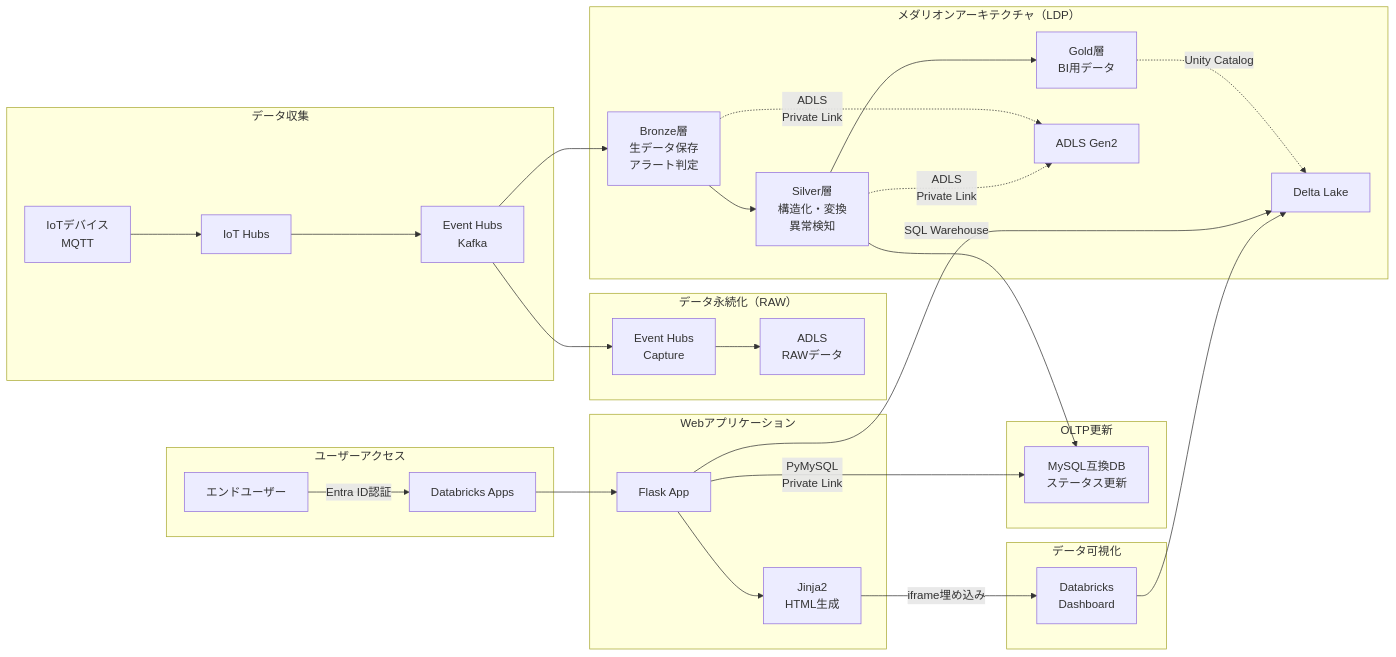
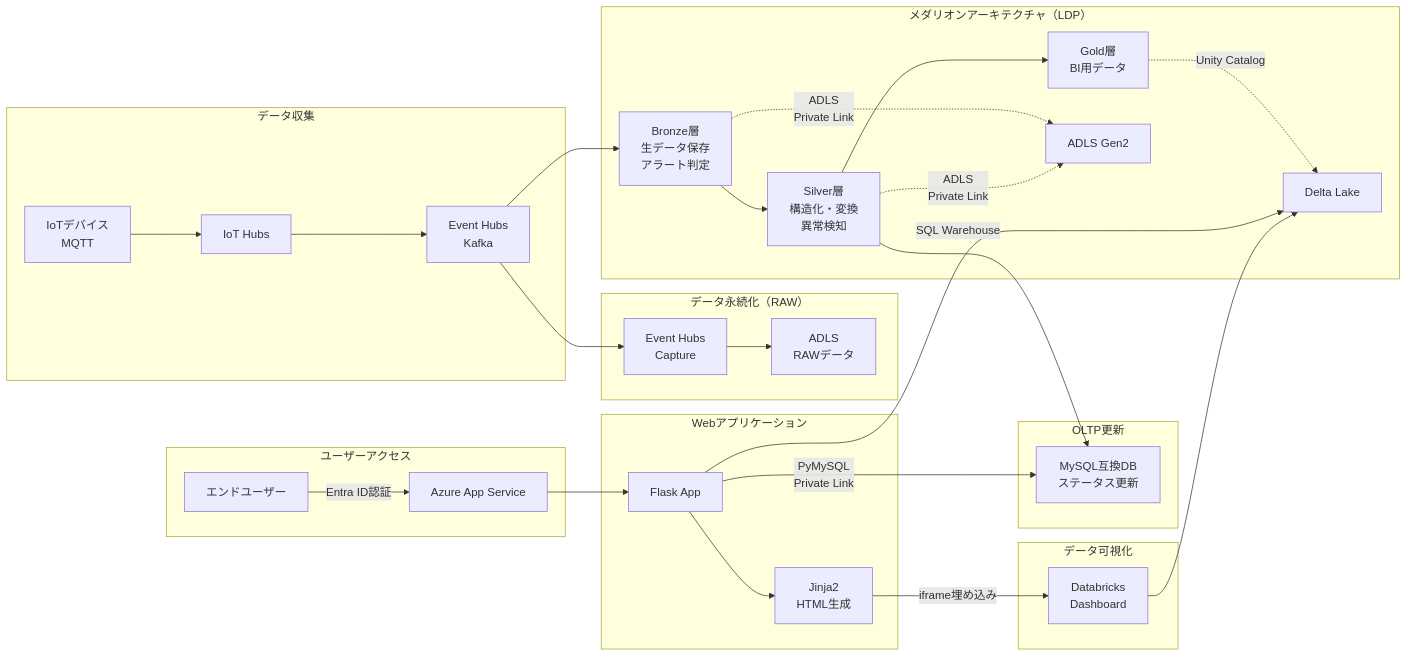
Before and after one commit to NSW-SVCP-AIWG002/Databricks-IoT: the second of 2 diagrams in docs/01-architecture/overview.md, drawn with Mermaid. The commit also changed other lines of this file and 11 other files, not shown here.

````diff
--- a/docs/01-architecture/overview.md
+++ b/docs/01-architecture/overview.md
@@ -220,42 +219,42 @@
 ```mermaid
 graph LR
     subgraph "データ収集"
         A[IoTデバイス<br/>MQTT] --> B[IoT Hubs]
         B --> C[Event Hubs<br/>Kafka]
     end
 
     subgraph "データ永続化（RAW）"
         C --> D[Event Hubs<br/>Capture]
         D --> E[ADLS<br/>RAWデータ]
     end
 
     subgraph "メダリオンアーキテクチャ（LDP）"
         C --> F[Bronze層<br/>生データ保存<br/>アラート判定]
         F --> G[Silver層<br/>構造化・変換<br/>異常検知]
         G --> H[Gold層<br/>BI用データ]
 
         F -.->|ADLS<br/>Private Link| ADLS1[ADLS Gen2]
         G -.->|ADLS<br/>Private Link| ADLS1
         H -.->|Unity Catalog| UC[Delta Lake]
     end
 
     subgraph "OLTP更新"
         G --> I[MySQL互換DB<br/>ステータス更新]
     end
 
     subgraph "Webアプリケーション"
         J[Flask App] -->|SQL Warehouse| UC
         J -->|PyMySQL<br/>Private Link| I
         J --> K[Jinja2<br/>HTML生成]
     end
 
     subgraph "データ可視化"
         L[Databricks<br/>Dashboard] --> UC
         K -->|iframe埋め込み| L
     end
 
     subgraph "ユーザーアクセス"
-        M[エンドユーザー] -->|Entra ID認証| N[Databricks Apps]
+        M[エンドユーザー] -->|Entra ID認証| N[Azure App Service]
         N --> J
     end
 ```
````
